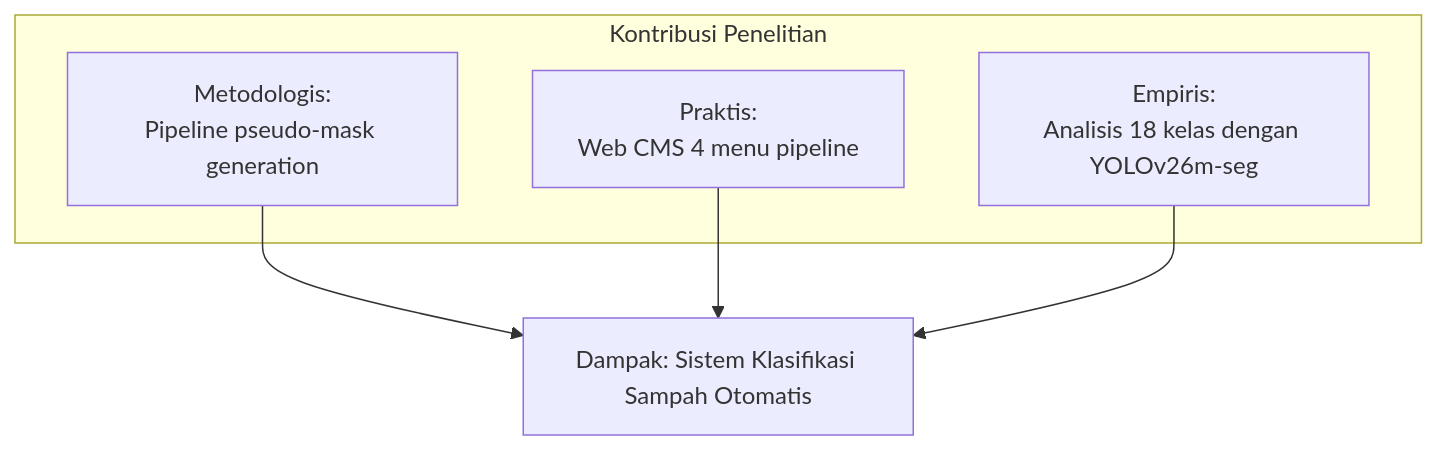
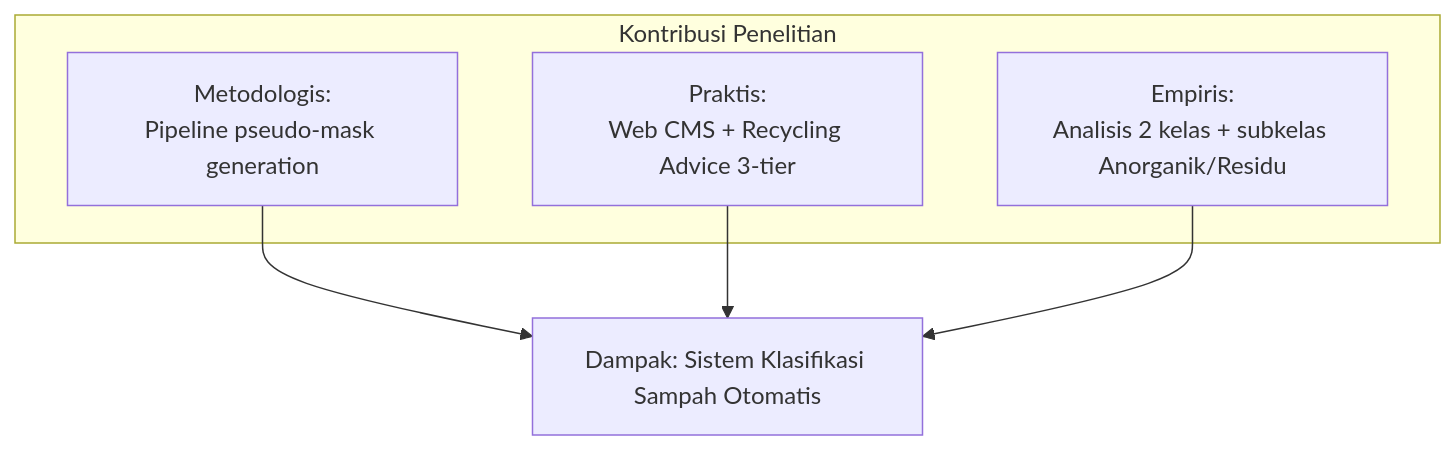
Before and after one commit to aryaw/SmartBin: the third of 3 diagrams in proposalPaper/BAB V.md, drawn with Mermaid. The commit also changed other lines of this file and 18 other files, not shown here.

````diff
--- a/proposalPaper/BAB V.md
+++ b/proposalPaper/BAB V.md
@@ -98,12 +100,12 @@
 ```mermaid
 flowchart TD
     subgraph Kontribusi[Kontribusi Penelitian]
         KM["Metodologis:<br/>Pipeline pseudo-mask generation"]
-        KP["Praktis:<br/>Web CMS 4 menu pipeline"]
-        KE["Empiris:<br/>Analisis 18 kelas dengan YOLOv26m-seg"]
+        KP["Praktis:<br/>Web CMS + Recycling Advice 3-tier"]
+        KE["Empiris:<br/>Analisis 2 kelas + subkelas Anorganik/Residu"]
     end
     
     KM --> Impact["Dampak: Sistem Klasifikasi Sampah Otomatis"]
     KP --> Impact
     KE --> Impact
 ```
````
